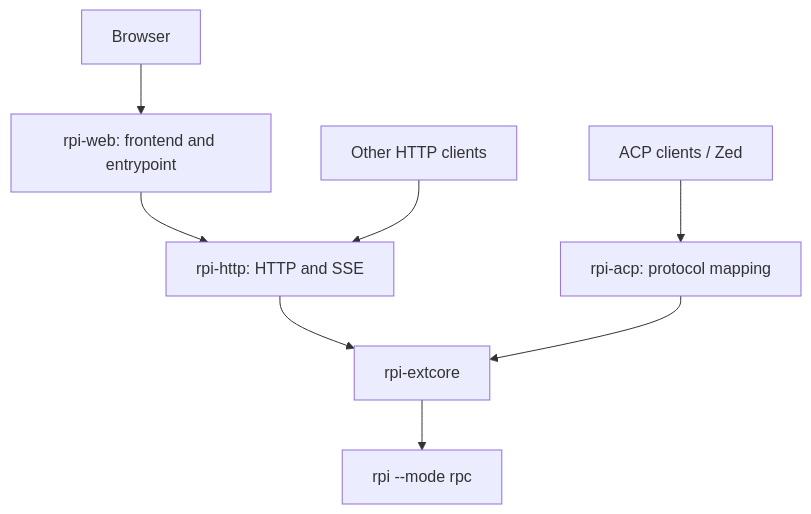
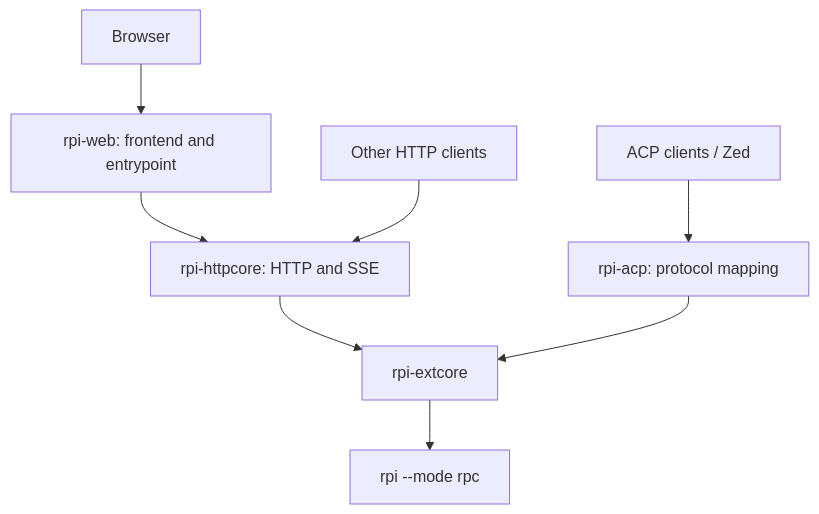
One commit to pi-rust/rpi-package changed the diagram in docs/architecture/extension-core.md. Above: the diagram before and after it, drawn with Mermaid. The commit also changed other lines of this file and 51 other files, not shown here.

````diff
--- a/docs/architecture/extension-core.md
+++ b/docs/architecture/extension-core.md
@@ -5,10 +5,10 @@
 ```mermaid
 flowchart TD
     Browser[Browser] --> Web[rpi-web: frontend and entrypoint]
-    Web --> Http[rpi-http: HTTP and SSE]
+    Web --> Http[rpi-httpcore: HTTP and SSE]
     Other[Other HTTP clients] --> Http
     Editors[ACP clients / Zed] --> ACP[rpi-acp: protocol mapping]
     Http --> Core[rpi-extcore]
     ACP --> Core
     Core --> Native[rpi --mode rpc]
 ```
````
